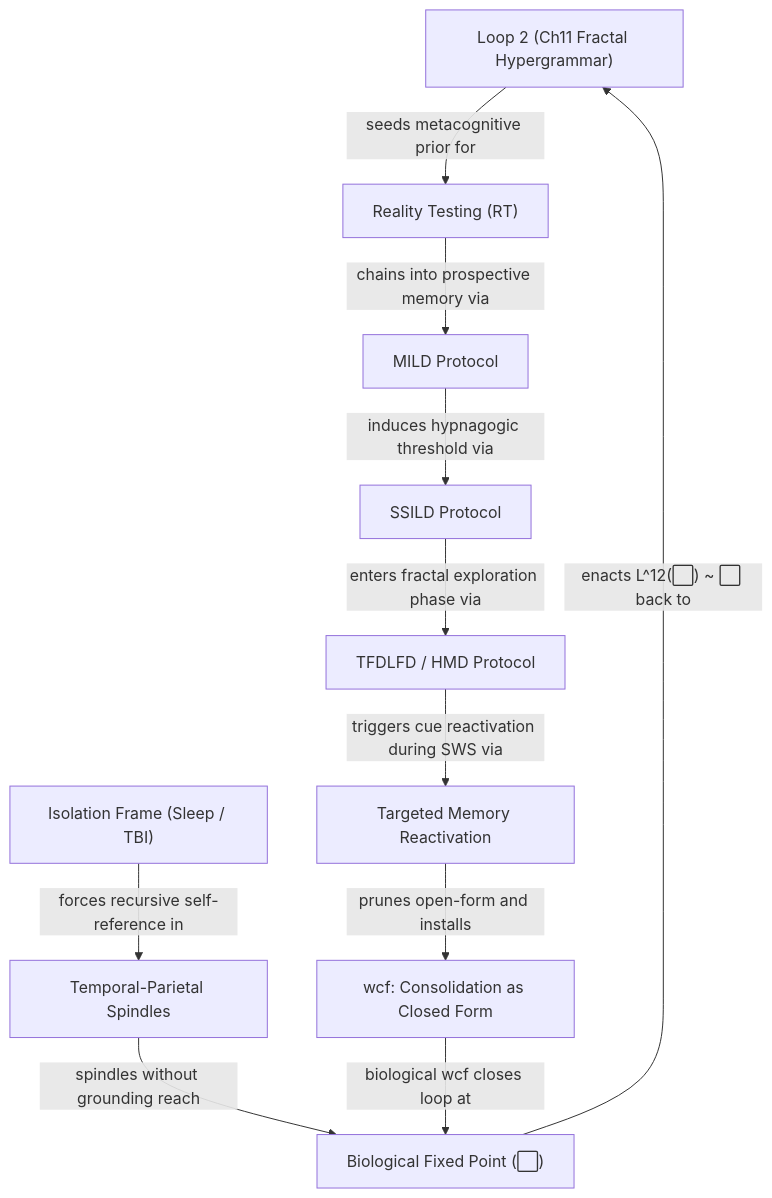
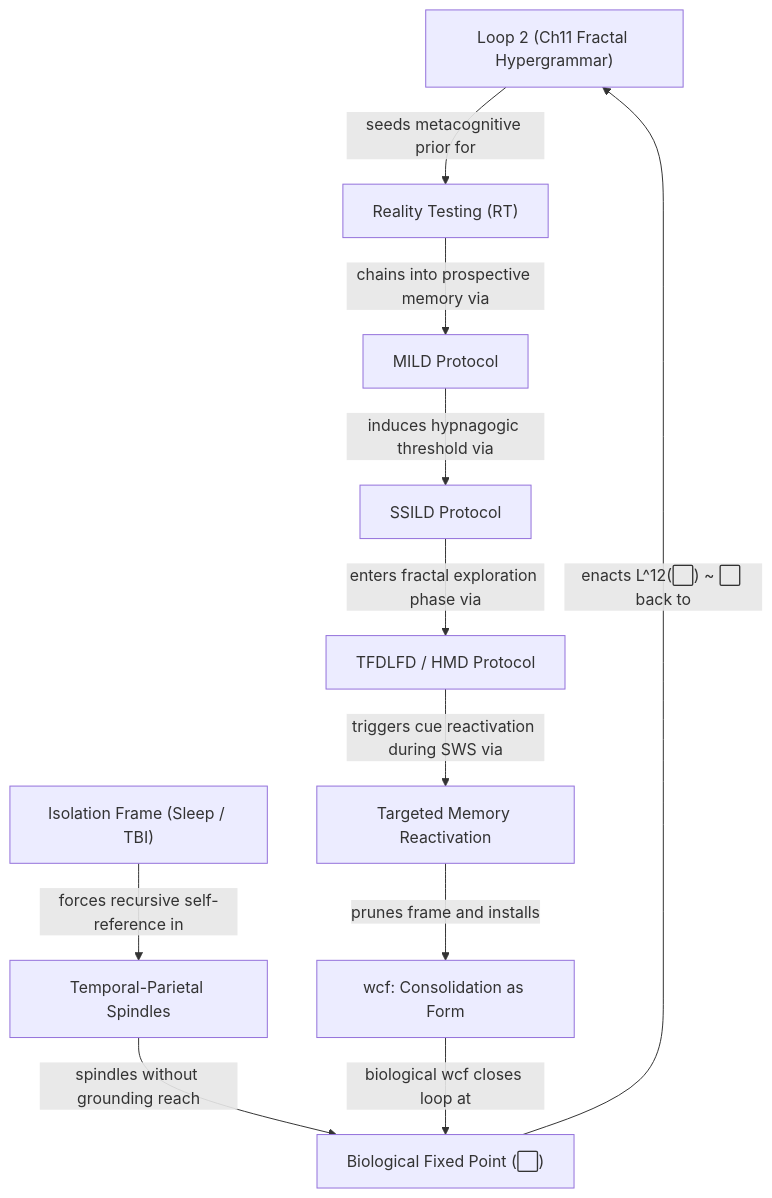
Before and after one commit to TimeLordRaps/hypergrammar: the diagram in docs/prerequisites/visualizations/12_consolidative_recurrence/12_consolidative_recurrence_frame.mmd, drawn with Mermaid. The commit also changed 38 other files, not shown here.

First line of the commit message:
formalize Time Tense: form/continuing/open/recurring; eliminate 'closed form' redundancy

```diff
--- a/docs/prerequisites/visualizations/12_consolidative_recurrence/12_consolidative_recurrence_frame.mmd
+++ b/docs/prerequisites/visualizations/12_consolidative_recurrence/12_consolidative_recurrence_frame.mmd
@@ -1,21 +1,21 @@
 flowchart TD
   L11["Loop 2 (Ch11 Fractal Hypergrammar)"]
   RT["Reality Testing (RT)"]
   MILD["MILD Protocol"]
   SSILD["SSILD Protocol"]
   TFDLFD["TFDLFD / HMD Protocol"]
   TMR["Targeted Memory Reactivation"]
-  WCF["wcf: Consolidation as Closed Form"]
+  WCF["wcf: Consolidation as Form"]
   ISO["Isolation Frame (Sleep / TBI)"]
   TPJ["Temporal-Parietal Spindles"]
   FP["Biological Fixed Point (⬜)"]
   L11 -- "seeds metacognitive prior for" --> RT
   RT -- "chains into prospective memory via" --> MILD
   MILD -- "induces hypnagogic threshold via" --> SSILD
   SSILD -- "enters fractal exploration phase via" --> TFDLFD
   TFDLFD -- "triggers cue reactivation during SWS via" --> TMR
-  TMR -- "prunes open-form and installs" --> WCF
+  TMR -- "prunes frame and installs" --> WCF
   ISO -- "forces recursive self-reference in" --> TPJ
   TPJ -- "spindles without grounding reach" --> FP
   WCF -- "biological wcf closes loop at" --> FP
   FP -- "enacts L^12(⬜) ~ ⬜ back to" --> L11
```
